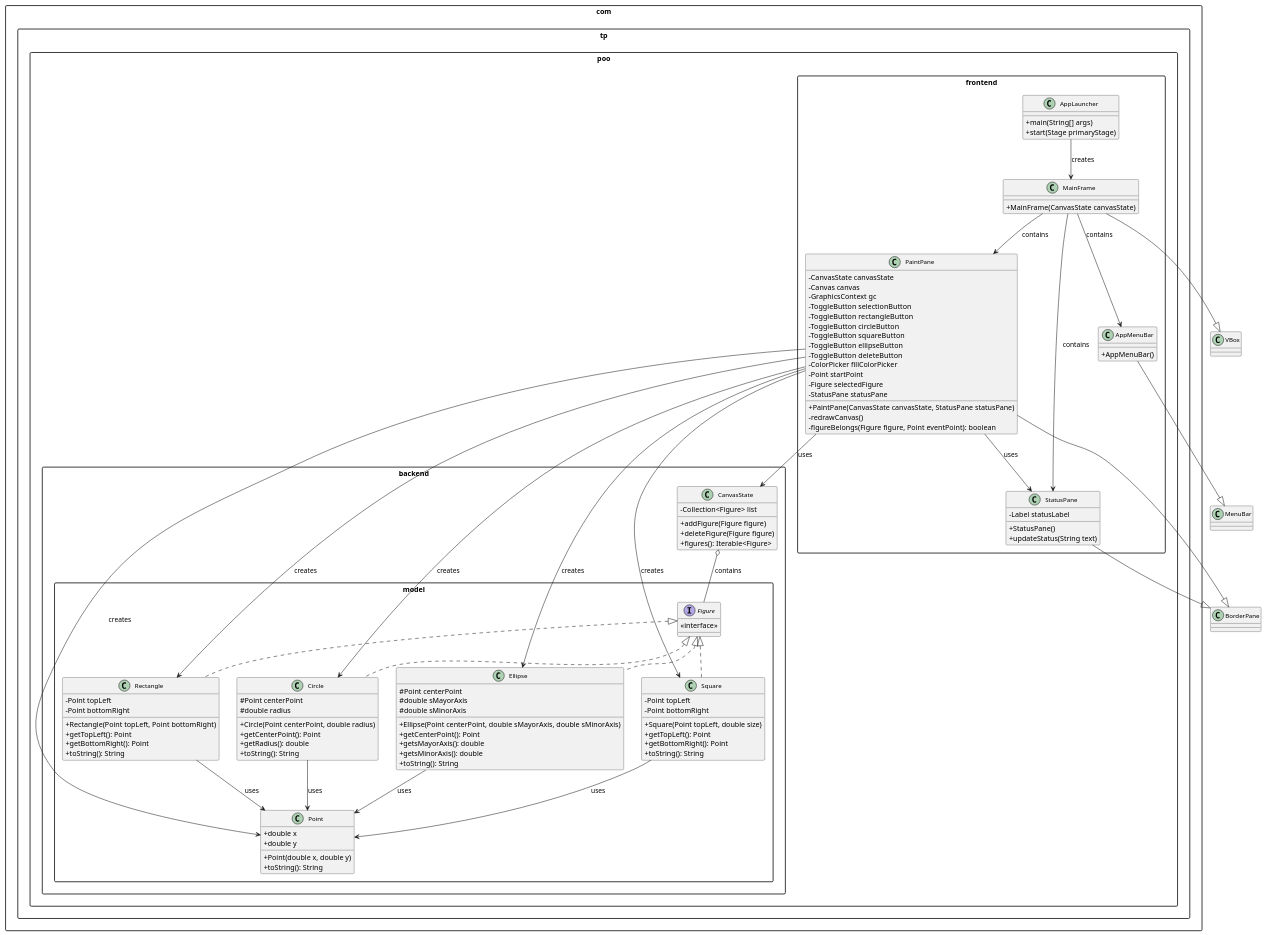
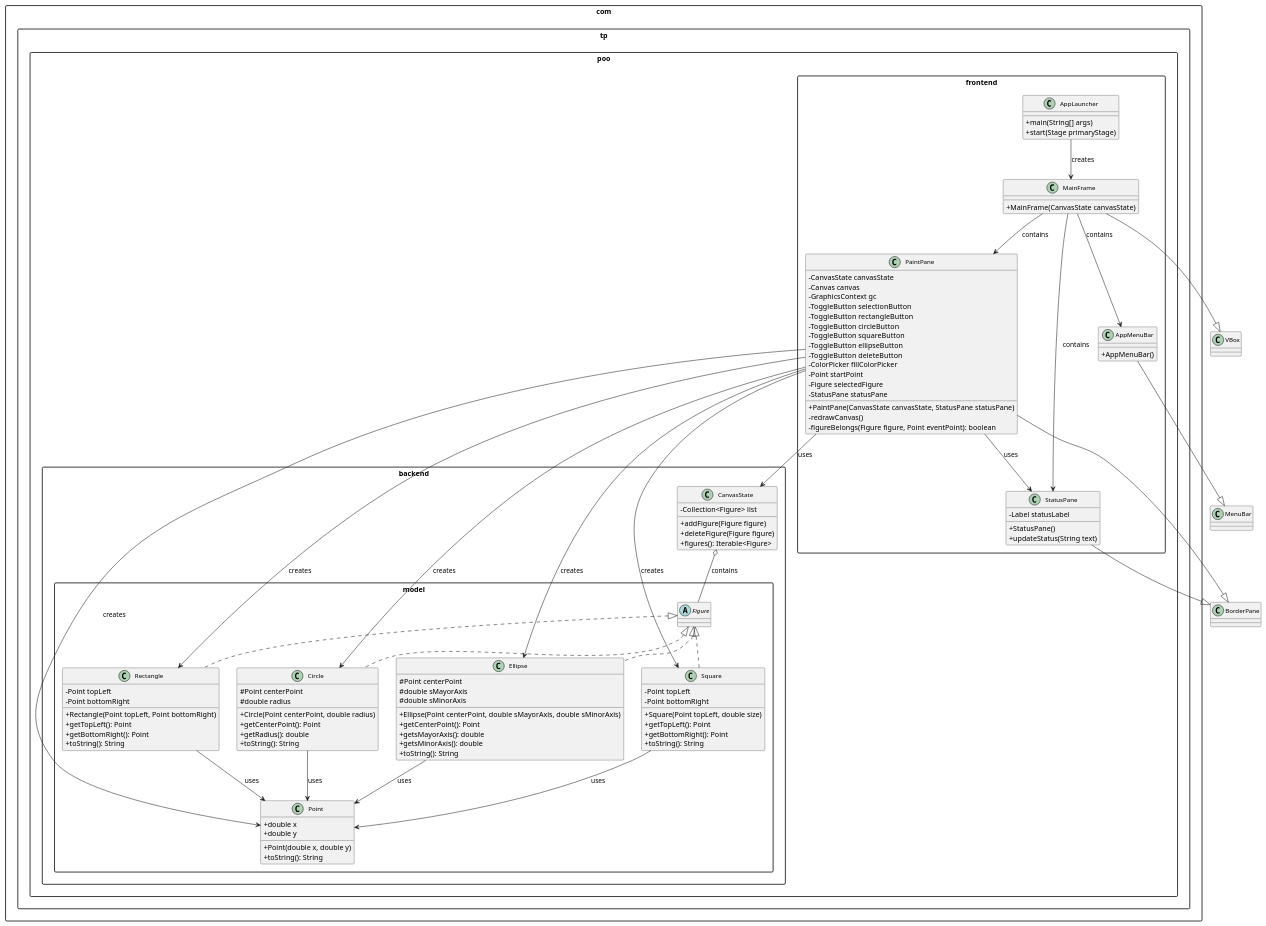
One commit to JuaniRaggio/finalpoo changed the diagram in UML_Diagram.puml. Above: the diagram before and after it, drawn with PlantUML. The commit also changed 2 other files, not shown here.

Commit message:
Primer cambio interface -> abstract class y uml

```diff
--- a/UML_Diagram.puml
+++ b/UML_Diagram.puml
@@ -1,144 +1,144 @@
 @startuml Paint Project UML
 
 ' Configuración del diagrama
 skinparam classAttributeIconSize 0
 skinparam classFontSize 12
 skinparam classFontName Arial
 skinparam packageStyle rectangle
 
 ' Paquete Backend
 package "com.tp.poo.backend" {
-    class CanvasState {
-        - Collection<Figure> list
-        + addFigure(Figure figure)
-        + deleteFigure(Figure figure)
-        + figures(): Iterable<Figure>
-    }
+  class CanvasState {
+    - Collection<Figure> list
+      + addFigure(Figure figure)
+      + deleteFigure(Figure figure)
+      + figures(): Iterable<Figure>
+  }
 }
 
 ' Paquete Backend Model
 package "com.tp.poo.backend.model" {
-    interface Figure {
-        <<interface>>
-    }
-    
-    class Point {
-        + double x
-        + double y
-        + Point(double x, double y)
-        + toString(): String
-    }
-    
-    class Circle {
-        # Point centerPoint
-        # double radius
-        + Circle(Point centerPoint, double radius)
-        + getCenterPoint(): Point
-        + getRadius(): double
-        + toString(): String
-    }
-    
-    class Ellipse {
-        # Point centerPoint
-        # double sMayorAxis
-        # double sMinorAxis
-        + Ellipse(Point centerPoint, double sMayorAxis, double sMinorAxis)
-        + getCenterPoint(): Point
-        + getsMayorAxis(): double
-        + getsMinorAxis(): double
-        + toString(): String
-    }
-    
-    class Rectangle {
-        - Point topLeft
-        - Point bottomRight
-        + Rectangle(Point topLeft, Point bottomRight)
-        + getTopLeft(): Point
-        + getBottomRight(): Point
-        + toString(): String
-    }
-    
-    class Square {
-        - Point topLeft
-        - Point bottomRight
-        + Square(Point topLeft, double size)
-        + getTopLeft(): Point
-        + getBottomRight(): Point
-        + toString(): String
-    }
+  abstract class Figure {
+
+  }
+
+  class Point {
+    + double x
+      + double y
+      + Point(double x, double y)
+      + toString(): String
+  }
+
+  class Circle {
+# Point centerPoint
+# double radius
+    + Circle(Point centerPoint, double radius)
+      + getCenterPoint(): Point
+                          + getRadius(): double
+                                         + toString(): String
+  }
+
+  class Ellipse {
+# Point centerPoint
+# double sMayorAxis
+# double sMinorAxis
+    + Ellipse(Point centerPoint, double sMayorAxis, double sMinorAxis)
+      + getCenterPoint(): Point
+                          + getsMayorAxis(): double
+                                             + getsMinorAxis(): double
+                                                                + toString(): String
+  }
+
+  class Rectangle {
+    - Point topLeft
+      - Point bottomRight
+      + Rectangle(Point topLeft, Point bottomRight)
+      + getTopLeft(): Point
+                      + getBottomRight(): Point
+                                          + toString(): String
+  }
+
+  class Square {
+    - Point topLeft
+      - Point bottomRight
+      + Square(Point topLeft, double size)
+      + getTopLeft(): Point
+                      + getBottomRight(): Point
+                                          + toString(): String
+  }
 }
 
 ' Paquete Frontend
 package "com.tp.poo.frontend" {
-    class AppLauncher {
-        + main(String[] args)
-        + start(Stage primaryStage)
-    }
-    
-    class MainFrame {
-        + MainFrame(CanvasState canvasState)
-    }
-    
-    class PaintPane {
-        - CanvasState canvasState
-        - Canvas canvas
-        - GraphicsContext gc
-        - ToggleButton selectionButton
-        - ToggleButton rectangleButton
-        - ToggleButton circleButton
-        - ToggleButton squareButton
-        - ToggleButton ellipseButton
-        - ToggleButton deleteButton
-        - ColorPicker fillColorPicker
-        - Point startPoint
-        - Figure selectedFigure
-        - StatusPane statusPane
-        + PaintPane(CanvasState canvasState, StatusPane statusPane)
-        - redrawCanvas()
-        - figureBelongs(Figure figure, Point eventPoint): boolean
-    }
-    
-    class StatusPane {
-        - Label statusLabel
-        + StatusPane()
-        + updateStatus(String text)
-    }
-    
-    class AppMenuBar {
-        + AppMenuBar()
-    }
+  class AppLauncher {
+    + main(String[] args)
+      + start(Stage primaryStage)
+  }
+
+  class MainFrame {
+    + MainFrame(CanvasState canvasState)
+  }
+
+  class PaintPane {
+    - CanvasState canvasState
+      - Canvas canvas
+      - GraphicsContext gc
+      - ToggleButton selectionButton
+      - ToggleButton rectangleButton
+      - ToggleButton circleButton
+      - ToggleButton squareButton
+      - ToggleButton ellipseButton
+      - ToggleButton deleteButton
+      - ColorPicker fillColorPicker
+      - Point startPoint
+      - Figure selectedFigure
+      - StatusPane statusPane
+      + PaintPane(CanvasState canvasState, StatusPane statusPane)
+      - redrawCanvas()
+      - figureBelongs(Figure figure, Point eventPoint): boolean
+  }
+
+  class StatusPane {
+    - Label statusLabel
+      + StatusPane()
+      + updateStatus(String text)
+  }
+
+  class AppMenuBar {
+    + AppMenuBar()
+  }
 }
 
 ' Relaciones de herencia
 Figure <|.. Circle
 Figure <|.. Ellipse
 Figure <|.. Rectangle
 Figure <|.. Square
 
 ' Relaciones de composición/agregación
 CanvasState o-- Figure : contains
 PaintPane --> CanvasState : uses
 PaintPane --> StatusPane : uses
 MainFrame --> PaintPane : contains
 MainFrame --> StatusPane : contains
 MainFrame --> AppMenuBar : contains
 AppLauncher --> MainFrame : creates
 
 ' Relaciones de dependencia
 Circle --> Point : uses
 Ellipse --> Point : uses
 Rectangle --> Point : uses
 Square --> Point : uses
 PaintPane --> Point : creates
 PaintPane --> Circle : creates
 PaintPane --> Rectangle : creates
 PaintPane --> Square : creates
 PaintPane --> Ellipse : creates
 
 ' Herencia de JavaFX
 MainFrame --|> VBox
 PaintPane --|> BorderPane
 StatusPane --|> BorderPane
 AppMenuBar --|> MenuBar
 
 @enduml 
```
